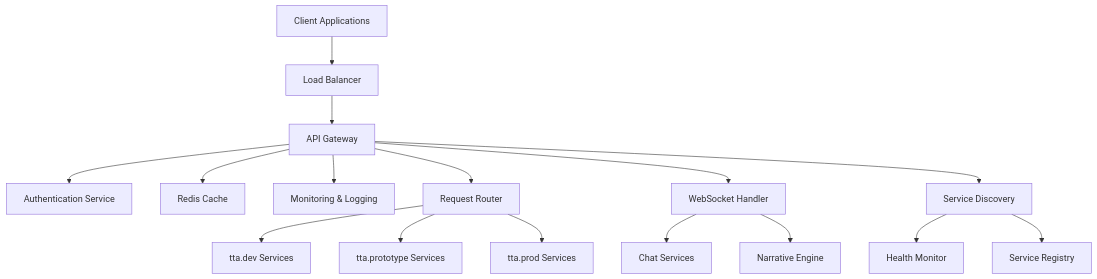
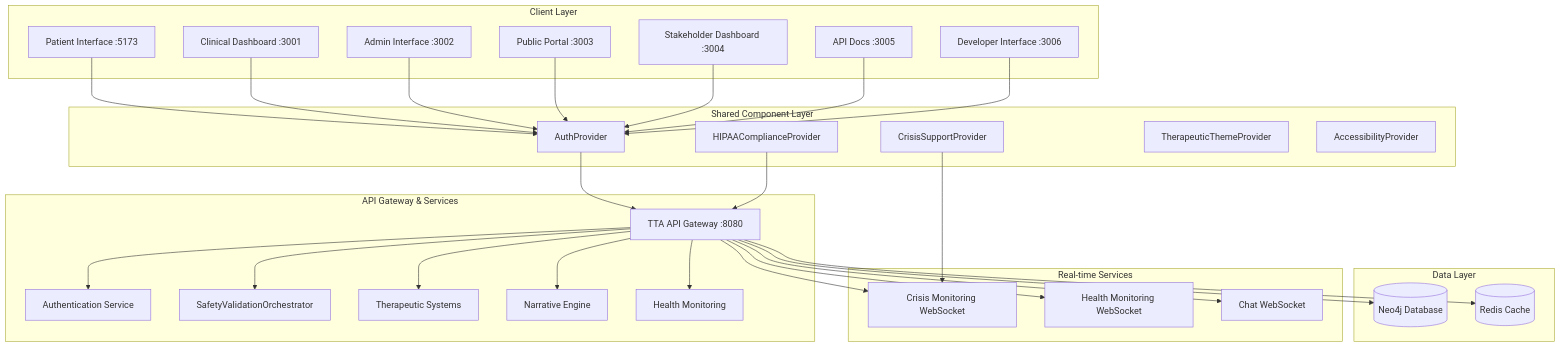
Before and after one commit to theinterneti/TTA: the diagram in .kiro/specs/api-gateway-service-integration/design.md, drawn with Mermaid. The commit also changed other lines of this file and 146 other files, not shown here.

````diff
--- a/.kiro/specs/api-gateway-service-integration/design.md
+++ b/.kiro/specs/api-gateway-service-integration/design.md
@@ -13,22 +21,58 @@
 ```mermaid
 graph TB
-    Client[Client Applications] --> LB[Load Balancer]
-    LB --> GW[API Gateway]
+    subgraph "Client Layer"
+        Patient[Patient Interface :5173]
+        Clinical[Clinical Dashboard :3001]
+        Admin[Admin Interface :3002]
+        Public[Public Portal :3003]
+        Stakeholder[Stakeholder Dashboard :3004]
+        Docs[API Docs :3005]
+        Dev[Developer Interface :3006]
+    end
 
-    GW --> Auth[Authentication Service]
-    GW --> Cache[Redis Cache]
-    GW --> Monitor[Monitoring & Logging]
+    subgraph "Shared Component Layer"
+        AuthProvider[AuthProvider]
+        HIPAAProvider[HIPAAComplianceProvider]
+        CrisisProvider[CrisisSupportProvider]
+        ThemeProvider[TherapeuticThemeProvider]
+        AccessProvider[AccessibilityProvider]
+    end
 
-    GW --> Router[Request Router]
-    Router --> Dev[tta.dev Services]
-    Router --> Proto[tta.prototype Services]
-    Router --> Prod[tta.prod Services]
+    subgraph "API Gateway & Services"
+        Gateway[TTA API Gateway :8080]
+        Gateway --> Auth[Authentication Service]
+        Gateway --> Safety[SafetyValidationOrchestrator]
+        Gateway --> Therapeutic[Therapeutic Systems]
+        Gateway --> Narrative[Narrative Engine]
+        Gateway --> Monitor[Health Monitoring]
+    end
 
-    GW --> WS[WebSocket Handler]
-    WS --> Chat[Chat Services]
-    WS --> Narrative[Narrative Engine]
+    subgraph "Data Layer"
+        Neo4j[(Neo4j Database)]
+        Redis[(Redis Cache)]
+    end
 
-    GW --> Discovery[Service Discovery]
-    Discovery --> Health[Health Monitor]
-    Discovery --> Registry[Service Registry]
+    subgraph "Real-time Services"
+        WSCrisis[Crisis Monitoring WebSocket]
+        WSHealth[Health Monitoring WebSocket]
+        WSChat[Chat WebSocket]
+    end
+
+    Patient --> AuthProvider
+    Clinical --> AuthProvider
+    Admin --> AuthProvider
+    Public --> AuthProvider
+    Stakeholder --> AuthProvider
+    Docs --> AuthProvider
+    Dev --> AuthProvider
+
+    AuthProvider --> Gateway
+    HIPAAProvider --> Gateway
+    CrisisProvider --> WSCrisis
+
+    Gateway --> Neo4j
+    Gateway --> Redis
+    Gateway --> WSCrisis
+    Gateway --> WSHealth
+    Gateway --> WSChat
 ```
````
